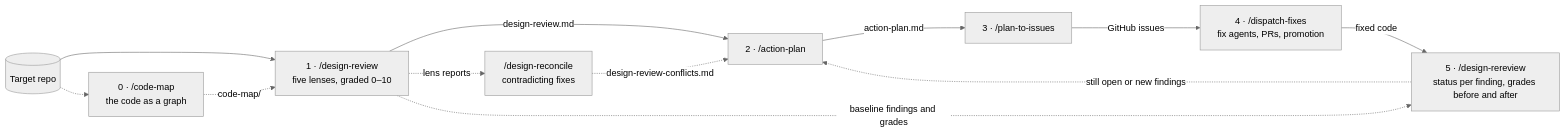
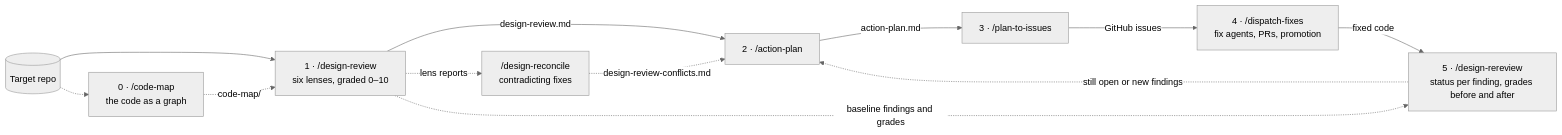
Before and after one commit to graffitiMSX/reviewer-skill: the diagram in README.md, drawn with Mermaid (neutral theme). The commit also changed other lines of this file and 10 other files, not shown here.

````diff
--- a/README.md
+++ b/README.md
@@ -5,15 +5,15 @@
 ```mermaid
 flowchart LR
     repo[(Target repo)] --> s1
     repo -.-> m["0 · /code-map<br/>the code as a graph"]
     m -.->|code-map/| s1
-    s1["1 · /design-review<br/>five lenses, graded 0–10"] -->|design-review.md| s2
+    s1["1 · /design-review<br/>six lenses, graded 0–10"] -->|design-review.md| s2
     s1 -.->|lens reports| r["/design-reconcile<br/>contradicting fixes"]
     r -.->|design-review-conflicts.md| s2
     s2["2 · /action-plan"] -->|action-plan.md| s3
     s3["3 · /plan-to-issues"] -->|GitHub issues| s4
     s4["4 · /dispatch-fixes<br/>fix agents, PRs, promotion"] -->|fixed code| s5
     s5["5 · /design-rereview<br/>status per finding, grades before and after"]
     s1 -.->|baseline findings and grades| s5
     s5 -.->|still open or new findings| s2
 ```
````
